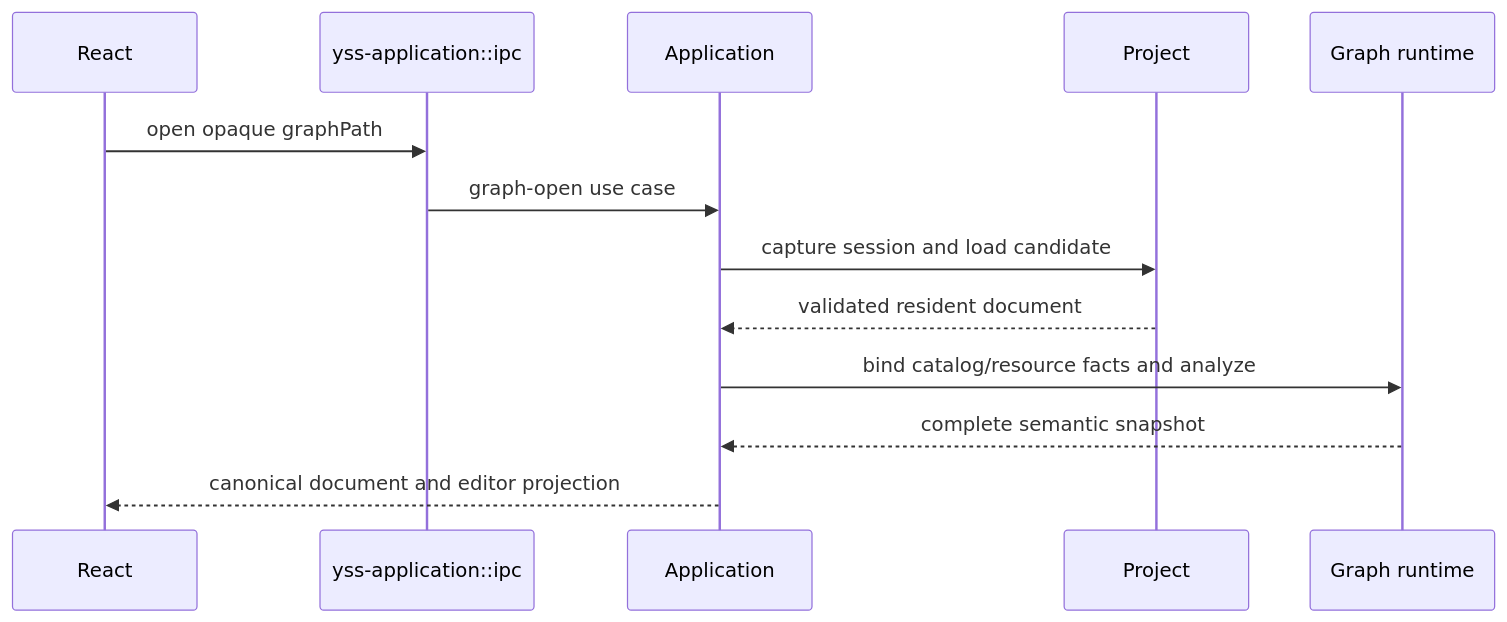
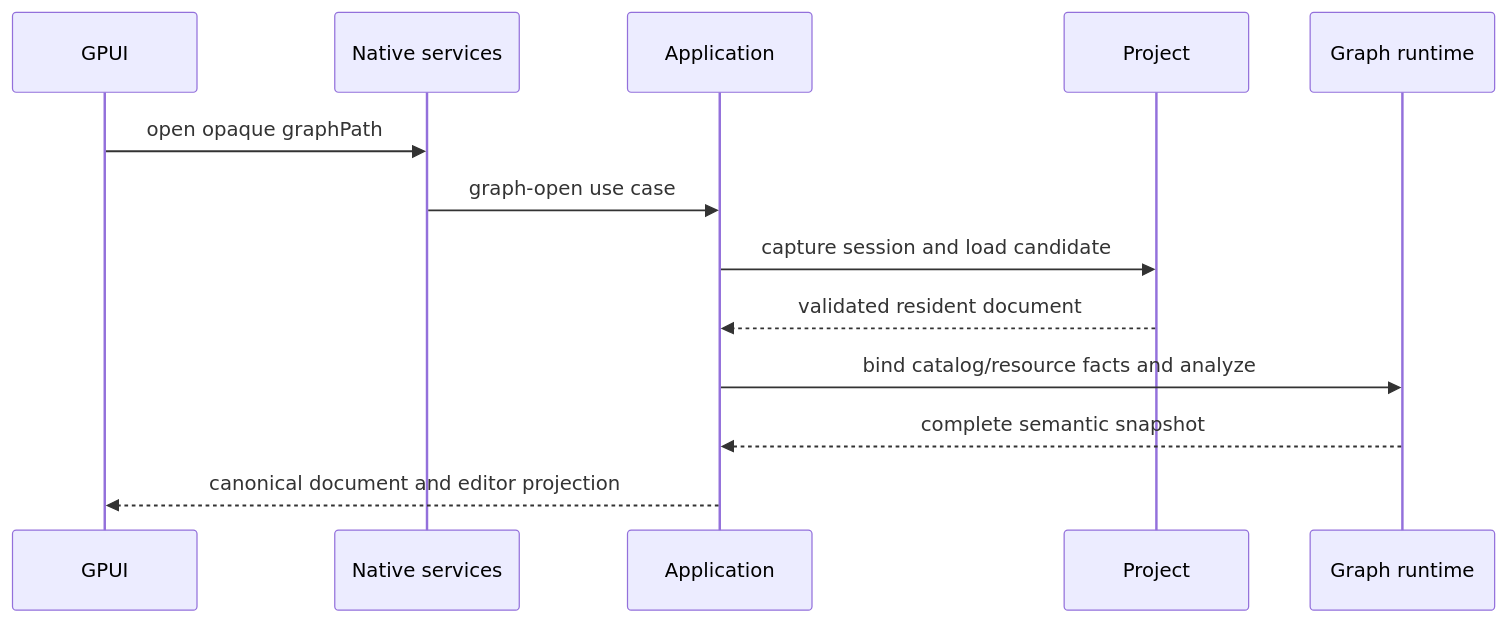
Before and after one commit to zhouyi207/YssBI: the diagram in crates/yss-application/src/project/README.md, drawn with Mermaid. The commit also changed other lines of this file and 299 other files, not shown here.

First line of the commit message:
feat(gpui): expand native workbench and remove Tauri host

````diff
--- a/crates/yss-application/src/project/README.md
+++ b/crates/yss-application/src/project/README.md
@@ -79,15 +78,15 @@
 ```mermaid
 sequenceDiagram
-  participant UI as React
-  participant API as yss-application::ipc
+  participant UI as GPUI
+  participant API as Native services
   participant APP as Application
   participant P as Project
   participant G as Graph runtime
   UI->>API: open opaque graphPath
   API->>APP: graph-open use case
   APP->>P: capture session and load candidate
   P-->>APP: validated resident document
   APP->>G: bind catalog/resource facts and analyze
   G-->>APP: complete semantic snapshot
   APP-->>UI: canonical document and editor projection
 ```
````
